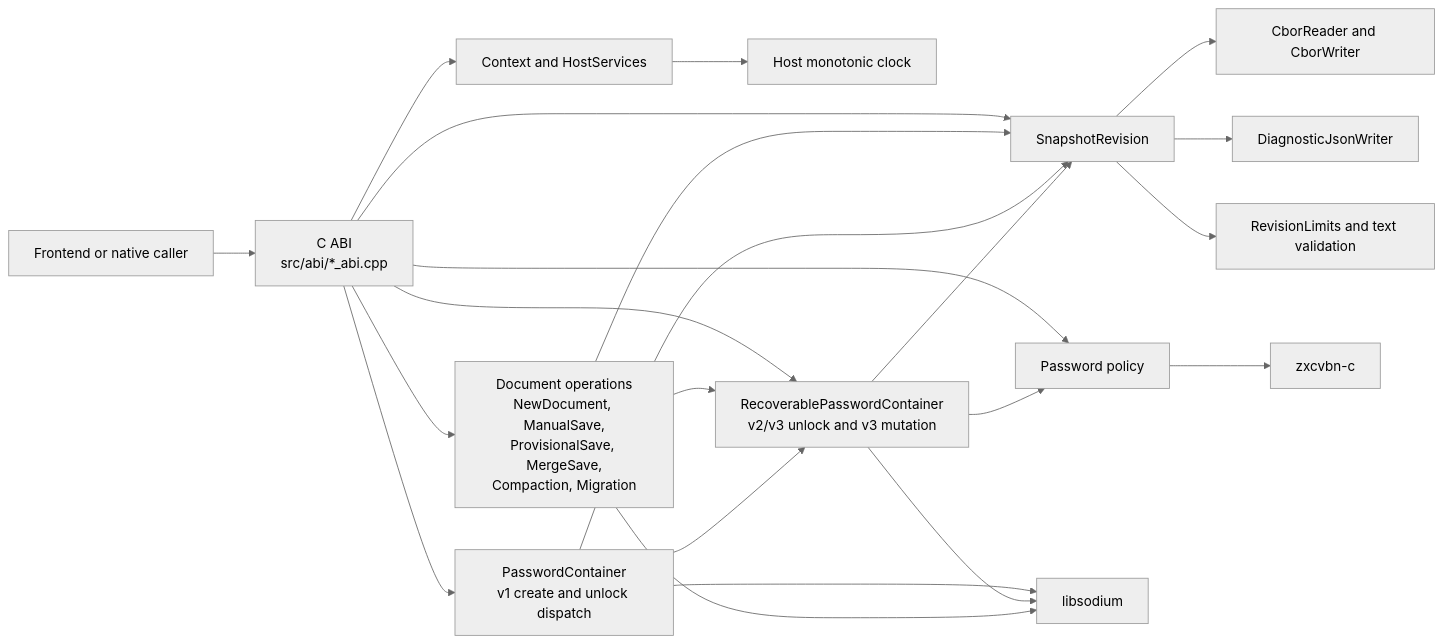
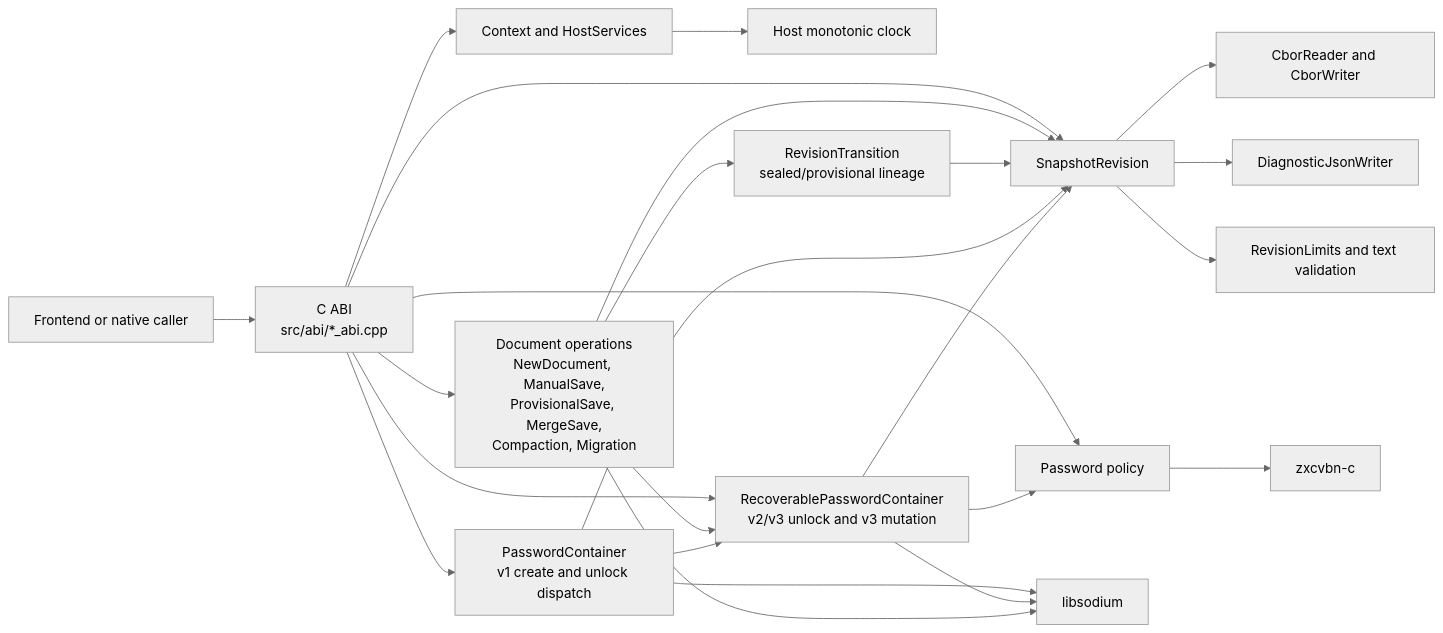
The diagram in docs/CPP_LIBRARY_ARCHITECTURE.md (davelopware/scpefe), drawn with Mermaid (neutral theme) before and after one commit. The commit also changed other lines of this file and 8 other files, not shown here.

Commit message:
refactor: centralize sealed and provisional save lineage

````diff
--- a/docs/CPP_LIBRARY_ARCHITECTURE.md
+++ b/docs/CPP_LIBRARY_ARCHITECTURE.md
@@ -9,24 +9,26 @@
 ```mermaid
 flowchart LR
     Caller["Frontend or native caller"] --> ABI["C ABI<br/>src/abi/*_abi.cpp"]
     ABI --> Context["Context and HostServices"]
     Context --> Clock["Host monotonic clock"]
     ABI --> Operations["Document operations<br/>NewDocument, ManualSave,<br/>ProvisionalSave, MergeSave,<br/>Compaction, Migration"]
     ABI --> PasswordContainer["PasswordContainer<br/>v1 create and unlock dispatch"]
     ABI --> Recoverable["RecoverablePasswordContainer<br/>v2/v3 unlock and v3 mutation"]
     ABI --> Revision["SnapshotRevision"]
     ABI --> Policy["Password policy"]
     Operations --> Recoverable
+    Operations --> Transition["RevisionTransition<br/>sealed/provisional lineage"]
     Operations --> Revision
+    Transition --> Revision
     PasswordContainer --> Recoverable
     PasswordContainer --> Revision
     Recoverable --> Revision
     Recoverable --> Policy
     Revision --> CBOR["CborReader and CborWriter"]
     Revision --> JSON["DiagnosticJsonWriter"]
     Revision --> Limits["RevisionLimits and text validation"]
     PasswordContainer --> Sodium["libsodium"]
     Recoverable --> Sodium
     Operations --> Sodium
     Policy --> Zxcvbn["zxcvbn-c"]
 ```
````
